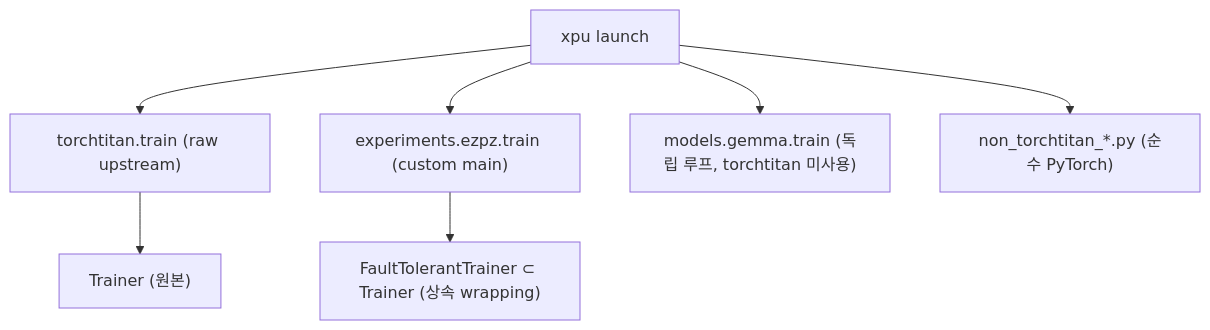
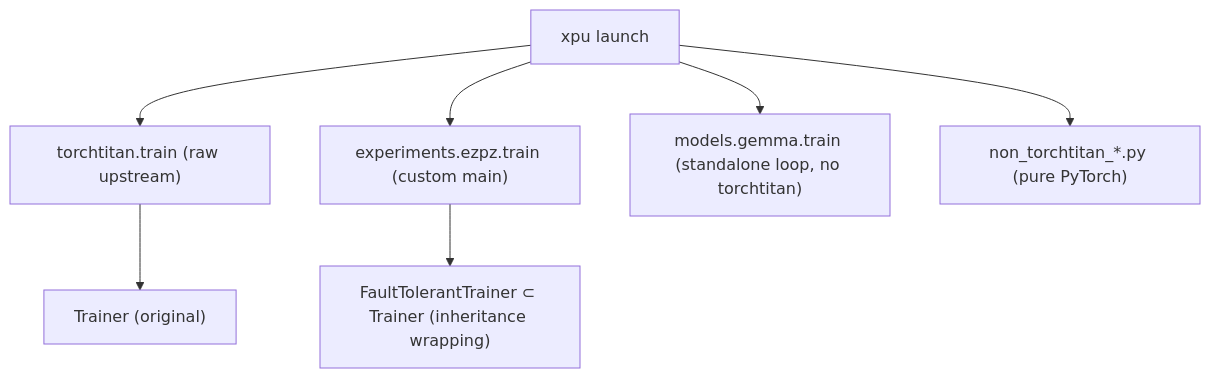
One commit to seonghapark/xpu_launcher changed the second of 2 diagrams in README_launcher_torchtitan.md. Above: the diagram before and after it, drawn with Mermaid. The commit also changed other lines of this file and 1457 other files, not shown here.

````diff
--- a/README_launcher_torchtitan.md
+++ b/README_launcher_torchtitan.md
@@ -86,9 +86,9 @@
 ```mermaid
 graph TD
     A[xpu launch] --> B["torchtitan.train (raw upstream)"]
     A --> C["experiments.ezpz.train (custom main)"]
-    C --> D["FaultTolerantTrainer ⊂ Trainer (상속 wrapping)"]
-    B --> E["Trainer (원본)"]
-    A --> F["models.gemma.train (독립 루프, torchtitan 미사용)"]
-    A --> G["non_torchtitan_*.py (순수 PyTorch)"]
+    C --> D["FaultTolerantTrainer ⊂ Trainer (inheritance wrapping)"]
+    B --> E["Trainer (original)"]
+    A --> F["models.gemma.train (standalone loop, no torchtitan)"]
+    A --> G["non_torchtitan_*.py (pure PyTorch)"]
 ```
````
